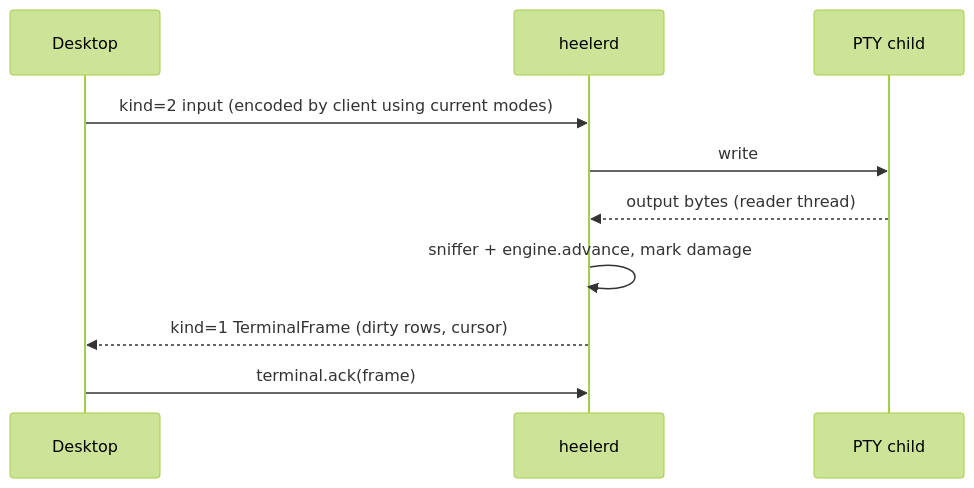
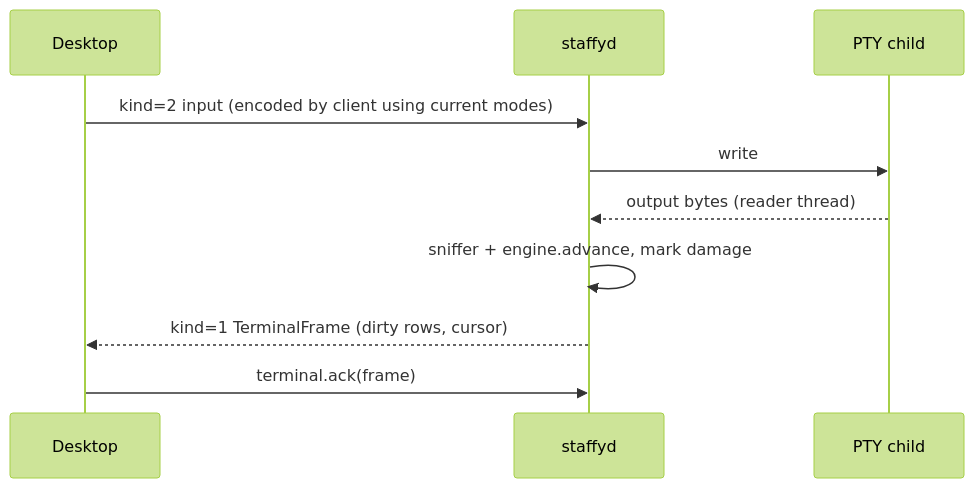
Before and after one commit to robertt3kuk/heeler: the fifth of 6 diagrams in docs/architecture.md, drawn with Mermaid (forest theme). The commit also changed other lines of this file and 378 other files, not shown here.

````diff
--- a/docs/architecture.md
+++ b/docs/architecture.md
@@ -130,12 +130,12 @@
 ```mermaid
 sequenceDiagram
   participant UI as Desktop
-  participant D as heelerd
+  participant D as staffyd
   participant P as PTY child
   UI->>D: kind=2 input (encoded by client using current modes)
   D->>P: write
   P-->>D: output bytes (reader thread)
   D->>D: sniffer + engine.advance, mark damage
   D-->>UI: kind=1 TerminalFrame (dirty rows, cursor)
   UI->>D: terminal.ack(frame)
 ```
````
